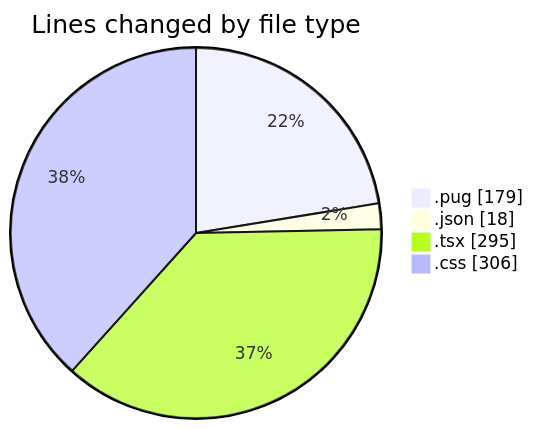
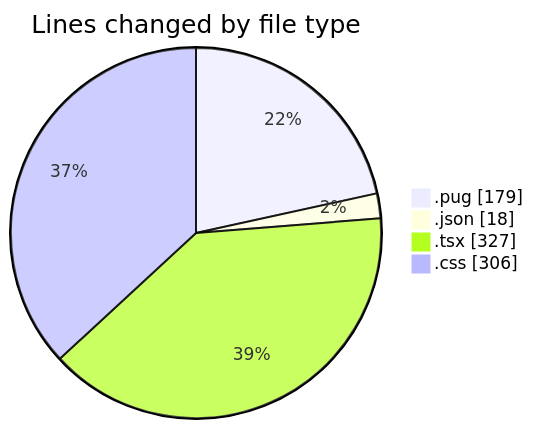
Before and after one commit to momahboobian/code-tracking: the first of 2 diagrams in 2025-11-04/cda/README.md, drawn with Mermaid. The commit also changed other lines of this file and 1 other file, not shown here.

````diff
--- a/2025-11-04/cda/README.md
+++ b/2025-11-04/cda/README.md
@@ -23,8 +23,8 @@
 ```mermaid
 pie showData
 title Lines changed by file type
 ".pug" : 179
 ".json" : 18
-".tsx" : 295
+".tsx" : 327
 ".css" : 306
 ```
````
